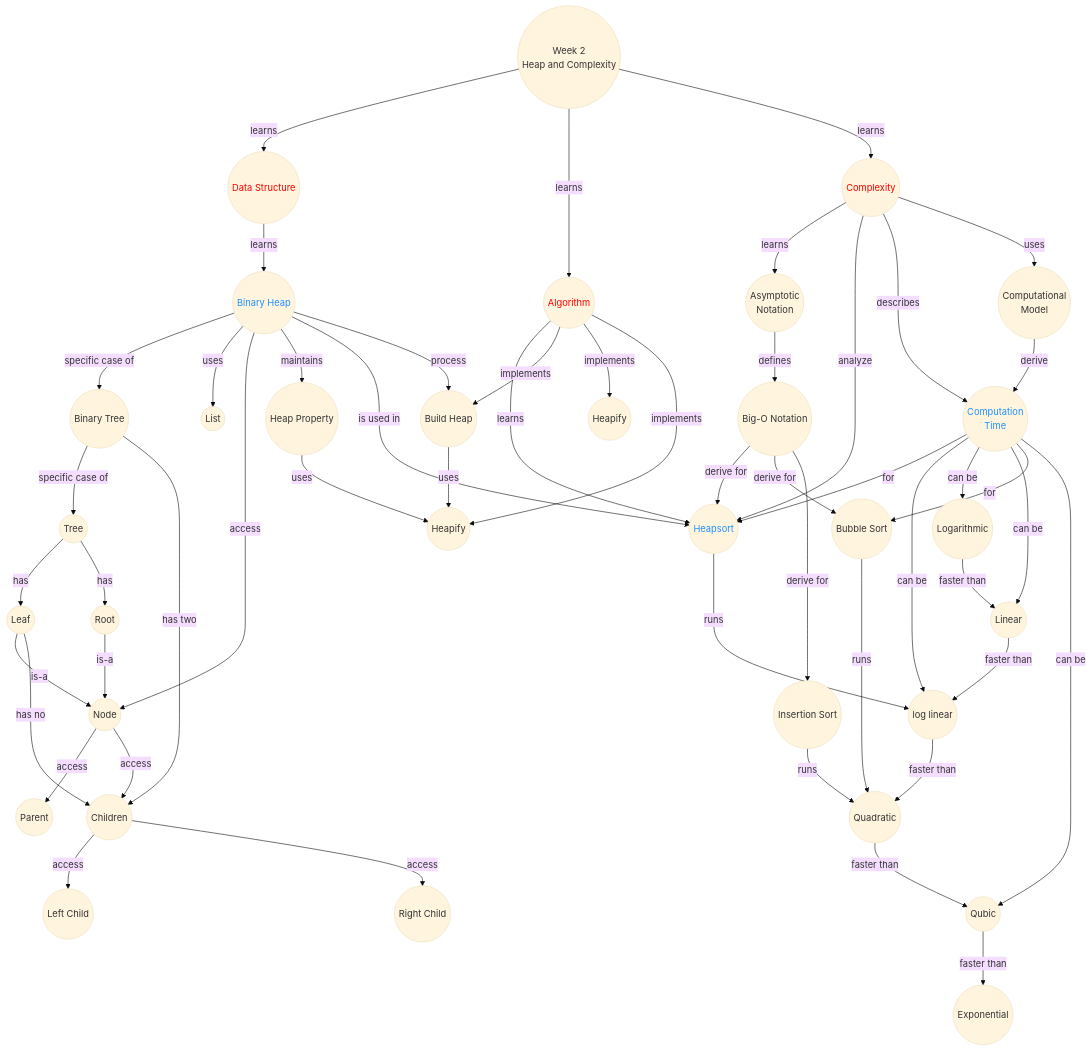
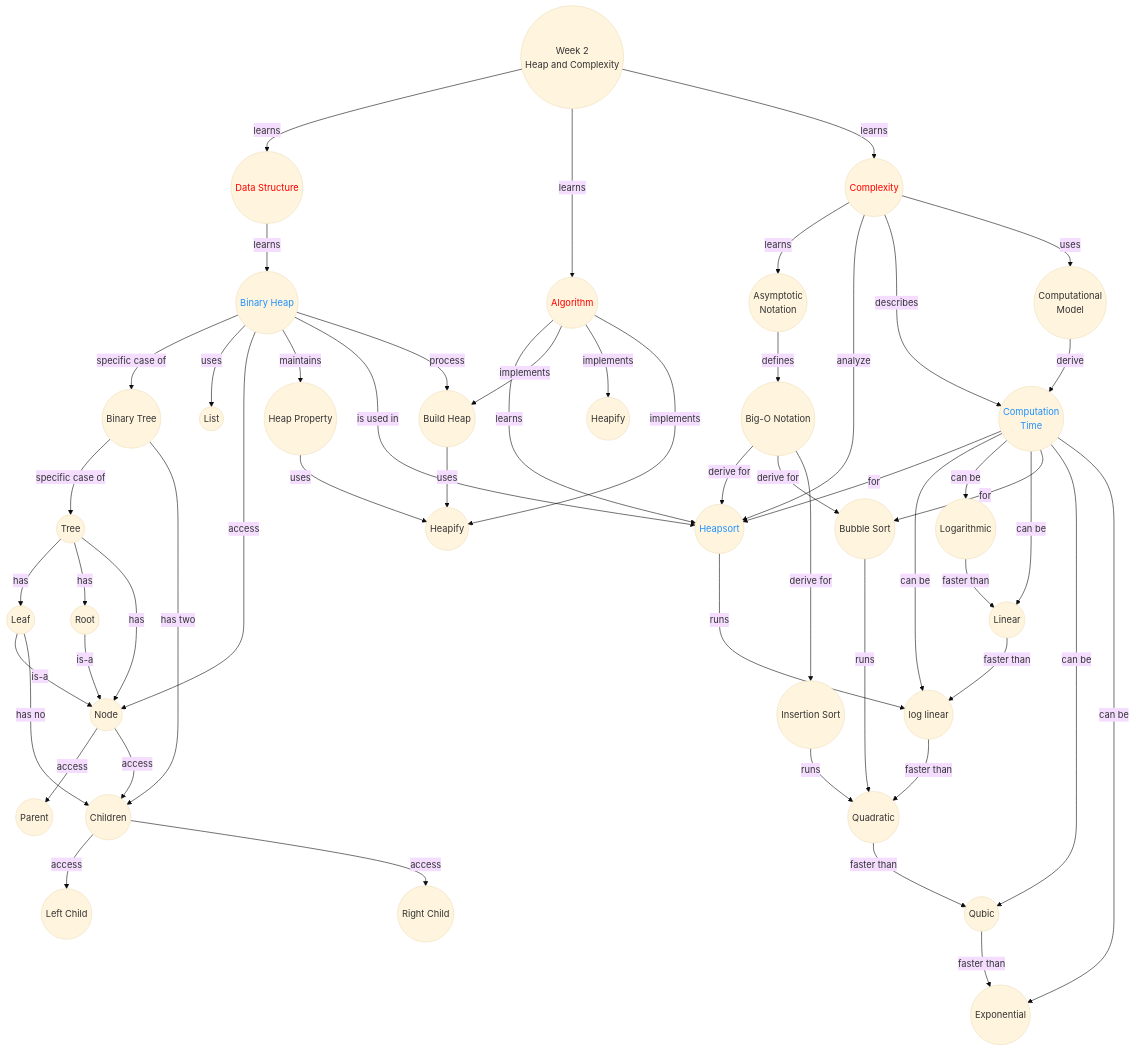
Before and after one commit to natalieagus/10020: the diagram in learning-objectives/02-analysing-programs.md, drawn with Mermaid (base theme). The commit also changed 9 other files, not shown here.

````diff
--- a/learning-objectives/02-analysing-programs.md
+++ b/learning-objectives/02-analysing-programs.md
@@ -19,59 +19,61 @@
 ```mermaid
 flowchart TD
     A((Week 2<br>Heap and Complexity)) --> |learns| DS((Data Structure))
     A --> |learns| AL((Algorithm))
     A --> |learns| C((Complexity))
     style DS color:red
     style AL color:red
     style C color:red
     C --> |learns| AN((Asymptotic<br>Notation))
     C --> |analyze| HS((Heapsort))
     style HS color:dodgerblue
     C --> |describes| CT((Computation<br>Time))
     style CT color:dodgerblue
     C --> |uses| CM((Computational<br>Model))
     AL --> |learns| HS
     AL --> |implements| BH((Build Heap))
     AL --> |implements| H((Heapify))
     DS --> |learns| BINH((Binary Heap))
     style BINH color:dodgerblue
     BINH --> |specific case of| BT((Binary Tree))
     BINH --> |uses| L((List))
     BINH --> |access| N((Node))
     BINH --> |maintains| HPROP((Heap Property))
     BINH --> |is used in| HS
     BINH --> |process| BH
     BT --> |specific case of| TR((Tree))
     BT --> |has two| CHLD((Children))
     N --> |access| PR((Parent))
     N --> |access| CHLD
     TR --> |has| LF((Leaf))
     TR --> |has| RT((Root))
+    TR --> |has| N
     RT --> |is-a| N
     LF --> |is-a| N
     LF --> |has no| CHLD
     CHLD --> |access| LTCD((Left Child))
     CHLD --> |access| RTCD((Right Child))
     HPROP --> |uses| HY((Heapify))
     BH --> |uses| HY
     AL --> |implements| HY
     AN --> |defines| BGONN((Big-O Notation))
     BGONN --> |derive for| HS
     BGONN --> |derive for| BEST((Bubble Sort))
     BGONN --> |derive for| INST((Insertion Sort))
     HS --> |runs| LL((log linear))
     CT --> |for| HS
     CM --> |derive| CT
     CT --> |can be| LL
     CT --> |can be| LC((Logarithmic))
     CT --> |can be| LR((Linear))
     LC --> |faster than| LR
     LR --> |faster than| LL
     LL --> |faster than| QC((Quadratic))
     BEST --> |runs| QC
     CT --> |for| BEST
     INST --> |runs| QC
     CT --> |can be| QUBIC((Qubic))
     QC --> |faster than| QUBIC
     QUBIC --> |faster than| EXP((Exponential))
+    CT --> |can be | EXP
 ```
````
